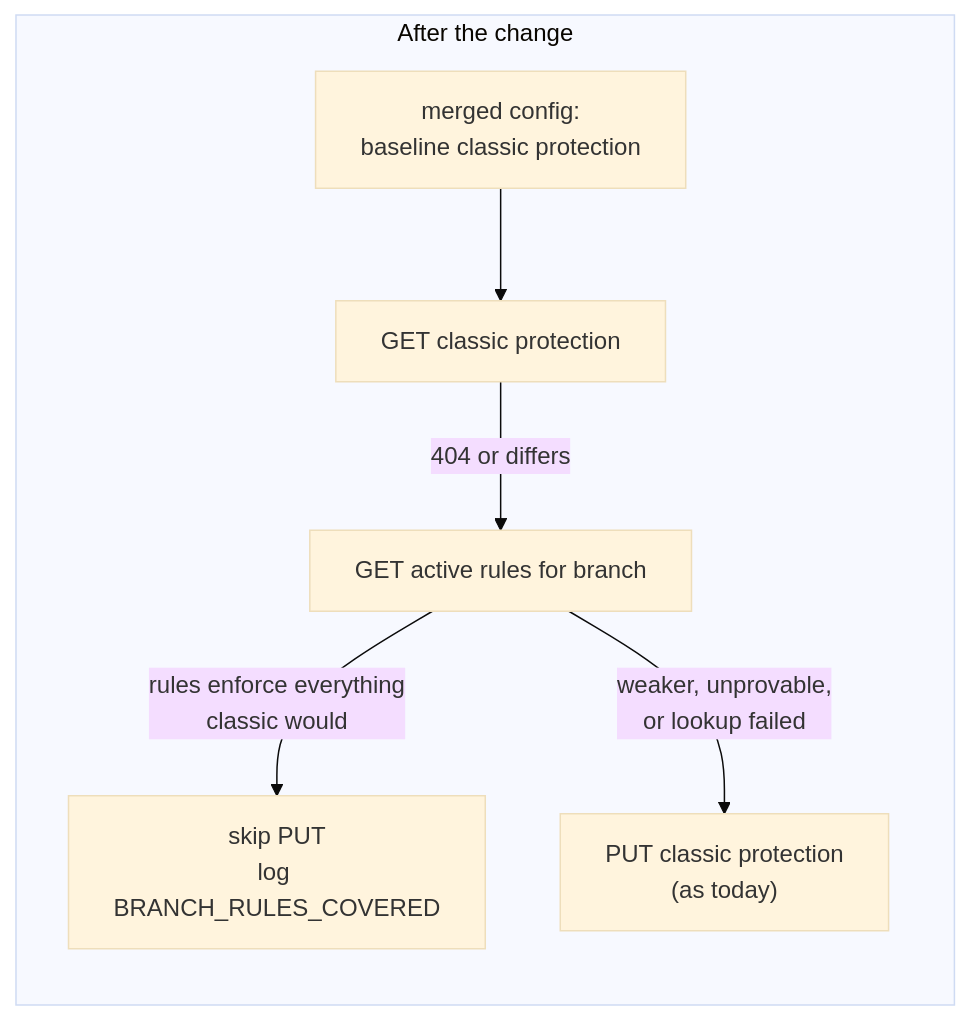
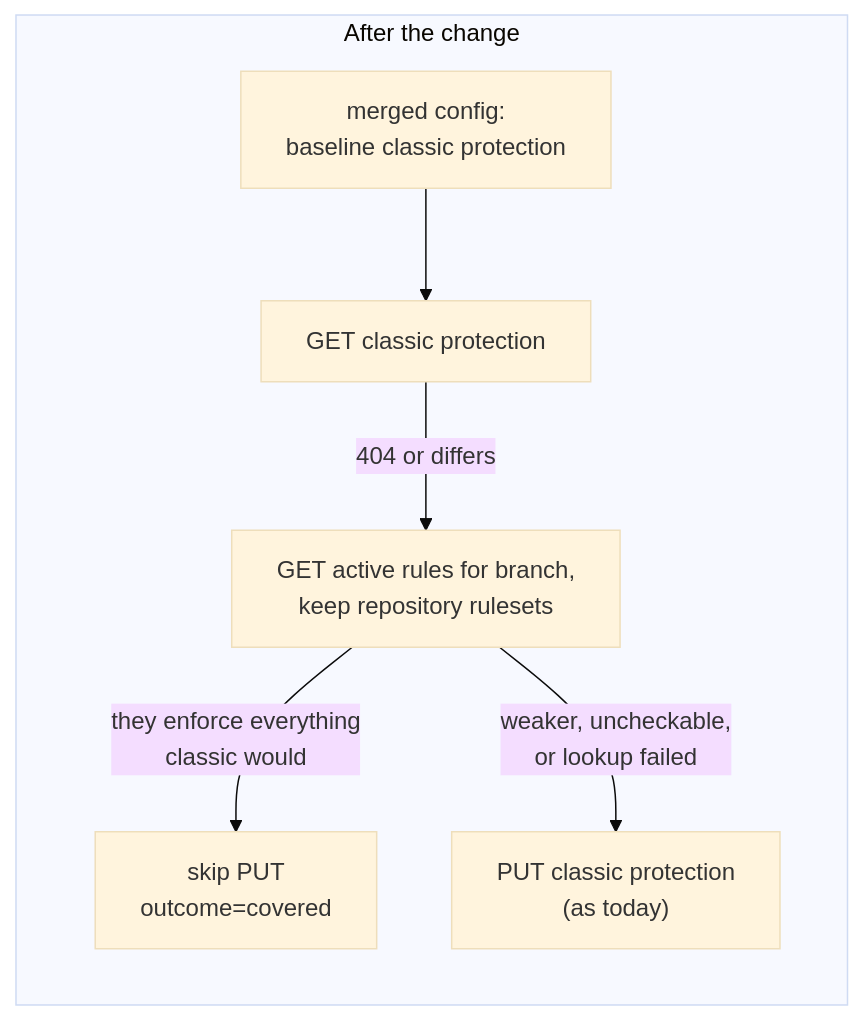
One commit to tomtom-forks/safe-settings changed the second of 3 diagrams in docs/sdlc/changes/2026-11-23-IDXART-899-ruleset-aware-branches/change-design.md. Above: the diagram before and after it, drawn with Mermaid (base theme). The commit also changed other lines of this file, not shown here.

````diff
--- a/docs/sdlc/changes/2026-11-23-IDXART-899-ruleset-aware-branches/change-design.md
+++ b/docs/sdlc/changes/2026-11-23-IDXART-899-ruleset-aware-branches/change-design.md
@@ -42,9 +53,9 @@
 ```mermaid
 flowchart LR
   subgraph after["After the change"]
     c2["merged config:<br/>baseline classic protection"] --> g2["GET classic protection"]
-    g2 -->|"404 or differs"| r2["GET active rules for branch"]
-    r2 -->|"rules enforce everything<br/>classic would"| k2["skip PUT<br/>log BRANCH_RULES_COVERED"]
-    r2 -->|"weaker, unprovable,<br/>or lookup failed"| p2["PUT classic protection<br/>(as today)"]
+    g2 -->|"404 or differs"| r2["GET active rules for branch,<br/>keep repository rulesets"]
+    r2 -->|"they enforce everything<br/>classic would"| k2["skip PUT<br/>outcome=covered"]
+    r2 -->|"weaker, uncheckable,<br/>or lookup failed"| p2["PUT classic protection<br/>(as today)"]
   end
 ```
````
